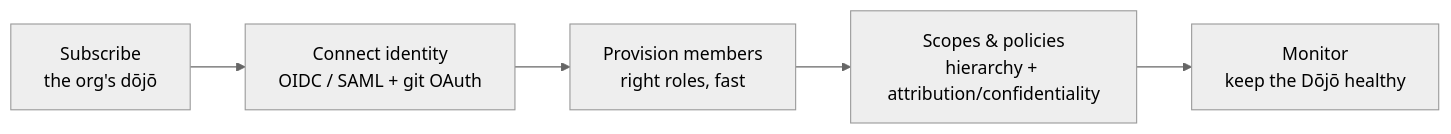
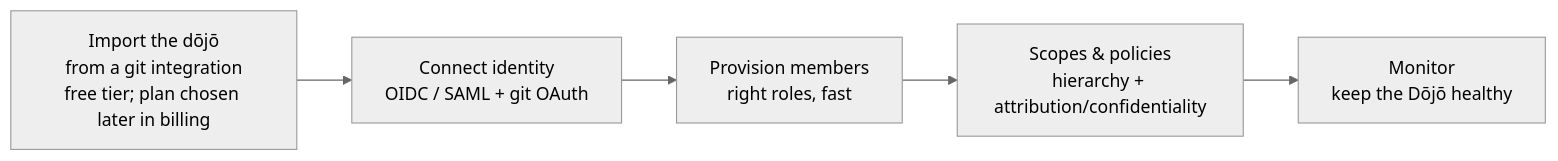
One commit to sensei-hq/sensei changed the third of 5 diagrams in docs/prd/02-objectives.md. Above: the diagram before and after it, drawn with Mermaid (neutral theme). The commit also changed other lines of this file and 40 other files, not shown here.

````diff
--- a/docs/prd/02-objectives.md
+++ b/docs/prd/02-objectives.md
@@ -101,6 +101,6 @@
 ```mermaid
 flowchart LR
-    a1[Subscribe<br/>the org's dōjō] --> a2[Connect identity<br/>OIDC / SAML + git OAuth]
+    a1[Import the dōjō<br/>from a git integration<br/>free tier; plan chosen later in billing] --> a2[Connect identity<br/>OIDC / SAML + git OAuth]
     a2 --> a3[Provision members<br/>right roles, fast] --> a4[Scopes &amp; policies<br/>hierarchy + attribution/confidentiality]
     a4 --> a5[Monitor<br/>keep the Dōjō healthy]
 ```
````
